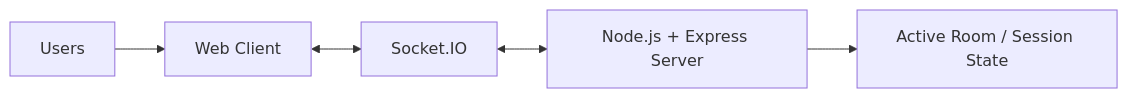
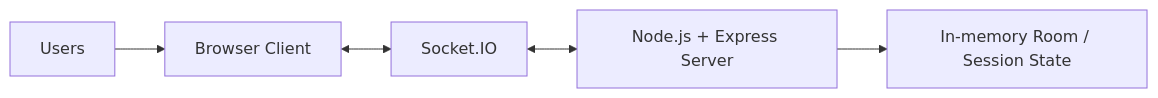
The first of 2 diagrams in README.md (Solly2201/HBI), drawn with Mermaid before and after one commit. The commit also changed other lines of this file, not shown here.

````diff
--- a/README.md
+++ b/README.md
@@ -54,7 +70,7 @@
 ```mermaid
 flowchart LR
-    A[Users] --> B[Web Client]
+    A[Users] --> B[Browser Client]
     B <--> C[Socket.IO]
     C <--> D[Node.js + Express Server]
-    D --> E[Active Room / Session State]
+    D --> E[In-memory Room / Session State]
 ```
````
